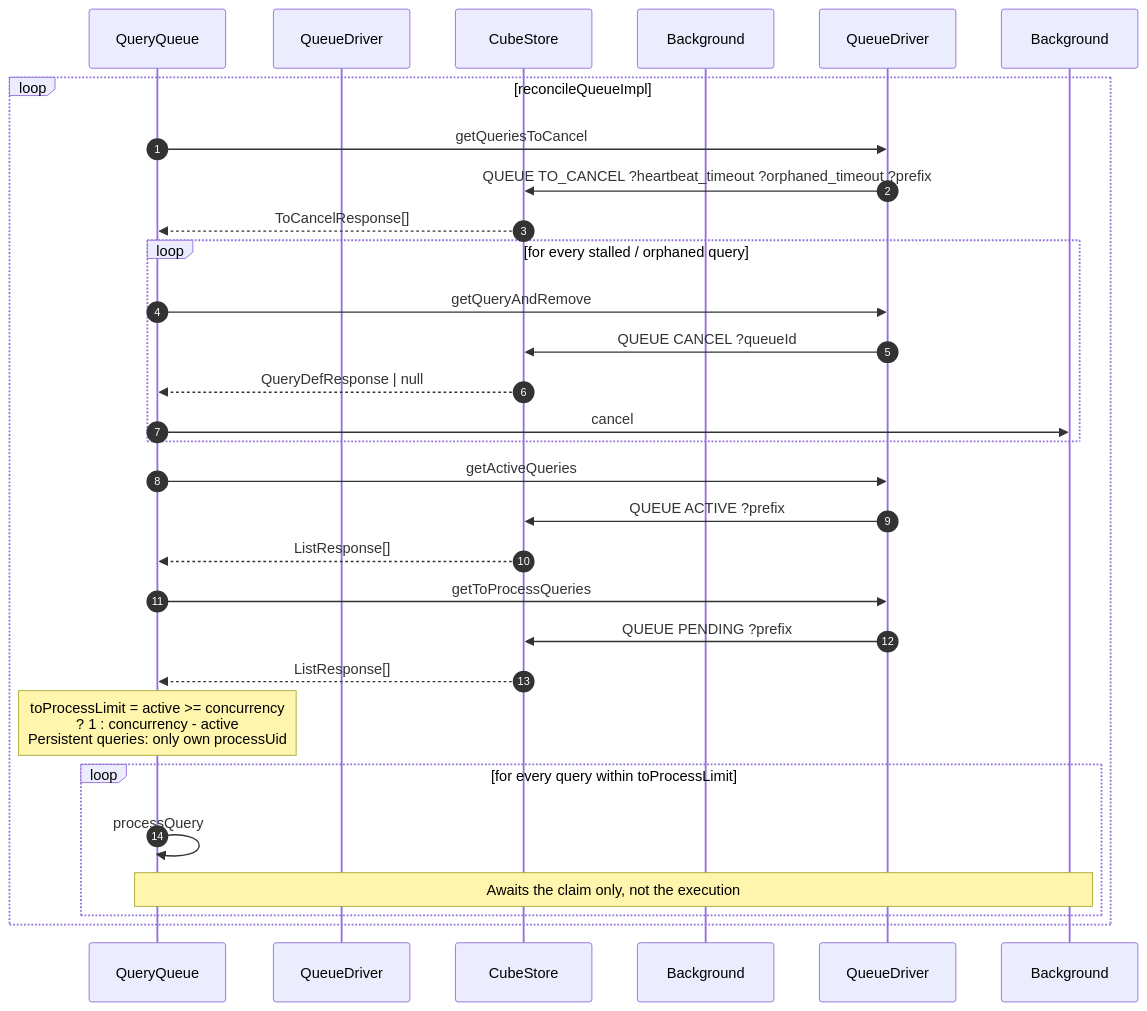
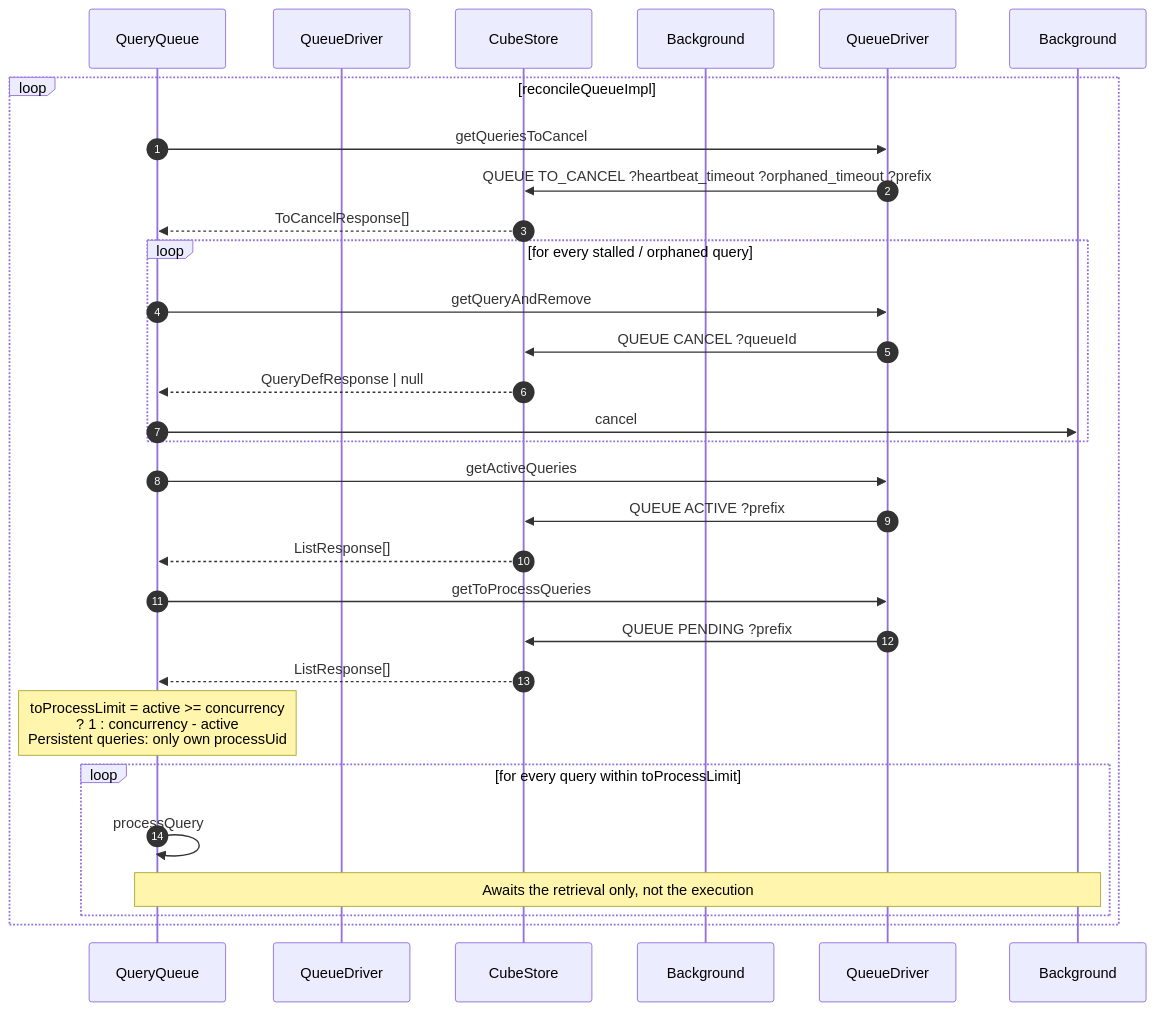
One commit to cube-js/cube changed the second of 4 diagrams in packages/cubejs-query-orchestrator/DEVELOPMENT.md. Above: the diagram before and after it, drawn with Mermaid. The commit also changed other lines of this file and 5 other files, not shown here.

First line of the commit message:
refactor(query-orchestrator): rename the queue claim vocabulary to retrieve

````diff
--- a/packages/cubejs-query-orchestrator/DEVELOPMENT.md
+++ b/packages/cubejs-query-orchestrator/DEVELOPMENT.md
@@ -145,36 +145,36 @@
 ```mermaid
 sequenceDiagram
     autonumber
     participant QueryQueue
     participant QueueDriverInterface as QueueDriver
     participant CubeStore
     participant BackgroundQueryQueue as Background
 
     loop reconcileQueueImpl
         QueryQueue->>QueueDriver: getQueriesToCancel
         QueueDriver->>CubeStore: QUEUE TO_CANCEL ?heartbeat_timeout ?orphaned_timeout ?prefix
         CubeStore-->>QueryQueue: ToCancelResponse[]
 
         loop for every stalled / orphaned query
             QueryQueue->>QueueDriver: getQueryAndRemove
             QueueDriver->>CubeStore: QUEUE CANCEL ?queueId
             CubeStore-->>QueryQueue: QueryDefResponse | null
             QueryQueue->>Background: cancel
         end
 
         QueryQueue->>QueueDriver: getActiveQueries
         QueueDriver->>CubeStore: QUEUE ACTIVE ?prefix
         CubeStore-->>QueryQueue: ListResponse[]
 
         QueryQueue->>QueueDriver: getToProcessQueries
         QueueDriver->>CubeStore: QUEUE PENDING ?prefix
         CubeStore-->>QueryQueue: ListResponse[]
 
         Note over QueryQueue: toProcessLimit = active >= concurrency<br/>? 1 : concurrency - active<br/>Persistent queries: only own processUid
 
         loop for every query within toProcessLimit
             QueryQueue->>QueryQueue: processQuery
-            Note over QueryQueue,Background: Awaits the claim only, not the execution
+            Note over QueryQueue,Background: Awaits the retrieval only, not the execution
         end
     end
 ```
````
